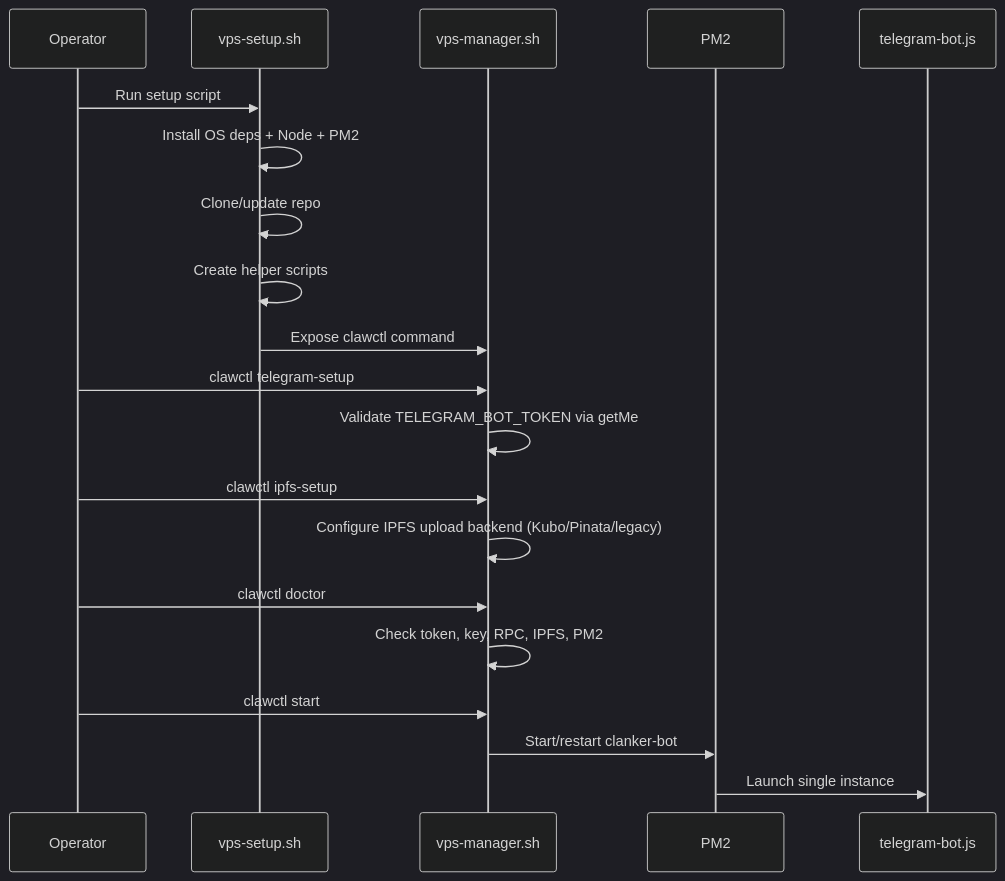
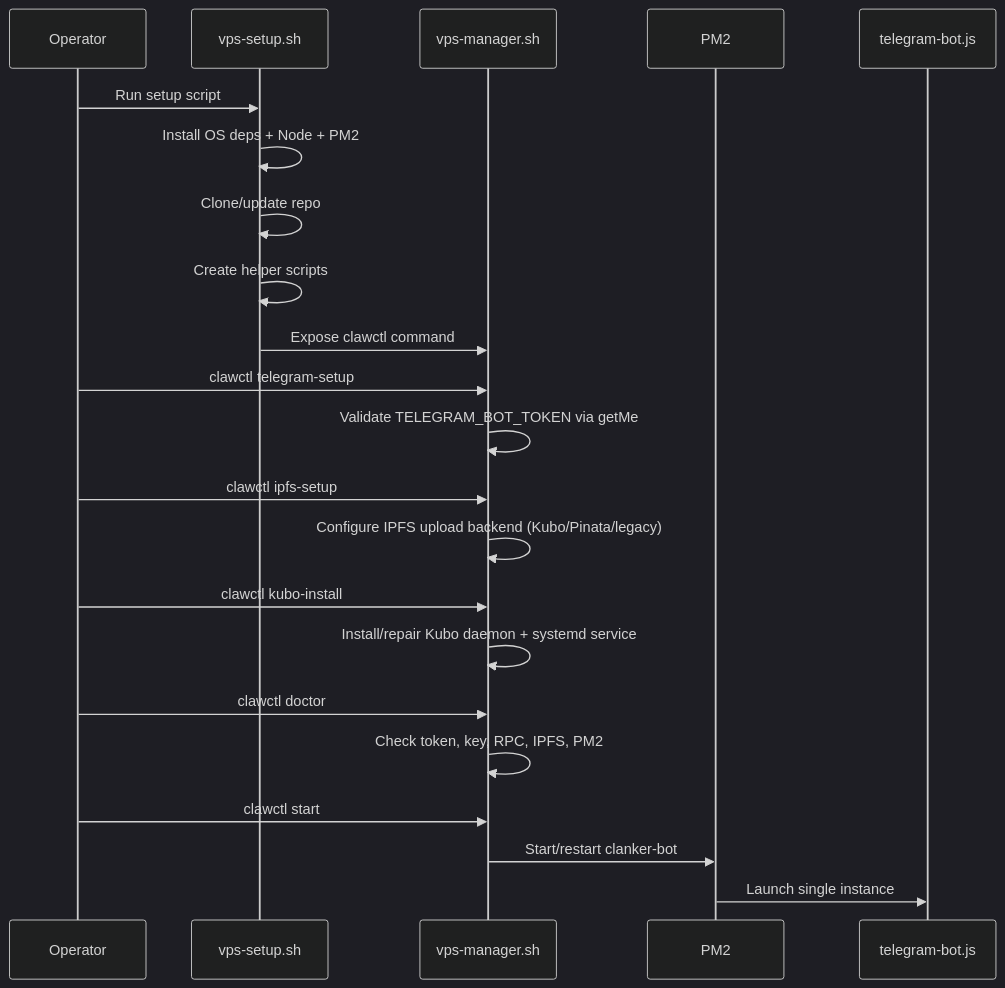
The second of 7 diagrams in docs/VISUAL_FLOW_RUNBOOK.md (Timcuan/clank-and-claw), drawn with Mermaid (dark theme) before and after one commit. The commit also changed other lines of this file and 6 other files, not shown here.

````diff
--- a/docs/VISUAL_FLOW_RUNBOOK.md
+++ b/docs/VISUAL_FLOW_RUNBOOK.md
@@ -35,27 +35,30 @@
 ```mermaid
 sequenceDiagram
     participant Admin as Operator
     participant Setup as vps-setup.sh
     participant Mgr as vps-manager.sh
     participant PM2 as PM2
     participant Bot as telegram-bot.js
 
     Admin->>Setup: Run setup script
     Setup->>Setup: Install OS deps + Node + PM2
     Setup->>Setup: Clone/update repo
     Setup->>Setup: Create helper scripts
     Setup->>Mgr: Expose clawctl command
 
     Admin->>Mgr: clawctl telegram-setup
     Mgr->>Mgr: Validate TELEGRAM_BOT_TOKEN via getMe
 
     Admin->>Mgr: clawctl ipfs-setup
     Mgr->>Mgr: Configure IPFS upload backend (Kubo/Pinata/legacy)
 
+    Admin->>Mgr: clawctl kubo-install
+    Mgr->>Mgr: Install/repair Kubo daemon + systemd service
+
     Admin->>Mgr: clawctl doctor
     Mgr->>Mgr: Check token, key, RPC, IPFS, PM2
 
     Admin->>Mgr: clawctl start
     Mgr->>PM2: Start/restart clanker-bot
     PM2->>Bot: Launch single instance
 ```
````
